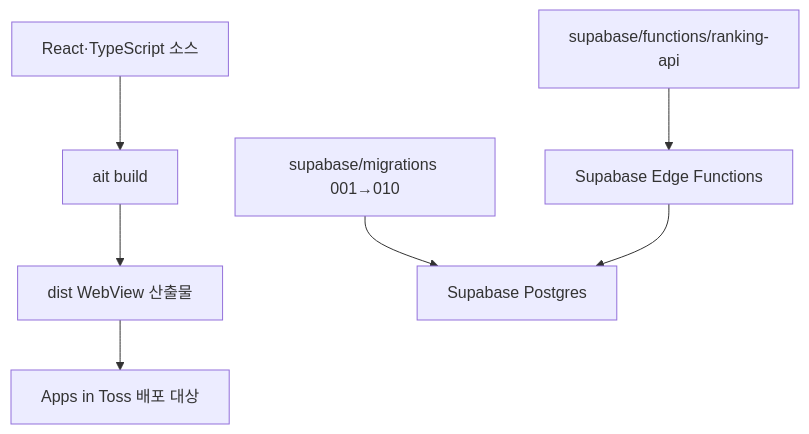
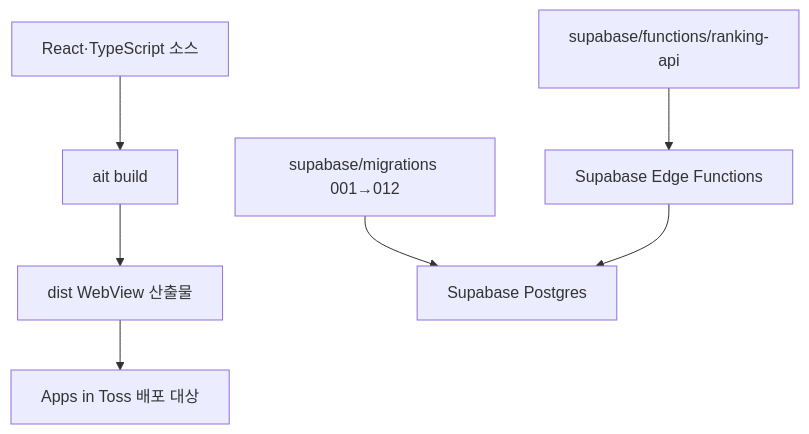
One commit to toss-aug-hackathon/blow-balloon changed the fourth of 4 diagrams in docs/architecture.md. Above: the diagram before and after it, drawn with Mermaid. The commit also changed other lines of this file and 27 other files, not shown here.

````diff
--- a/docs/architecture.md
+++ b/docs/architecture.md
@@ -131,9 +137,9 @@
 ```mermaid
 flowchart TD
   Source["React·TypeScript 소스"] --> AIT["ait build"]
   AIT --> Dist["dist WebView 산출물"]
   Dist --> Toss["Apps in Toss 배포 대상"]
-  Migrations["supabase/migrations 001→010"] --> Postgres["Supabase Postgres"]
+  Migrations["supabase/migrations 001→012"] --> Postgres["Supabase Postgres"]
   Function["supabase/functions/ranking-api"] --> Edge["Supabase Edge Functions"]
   Edge --> Postgres
 ```
````
